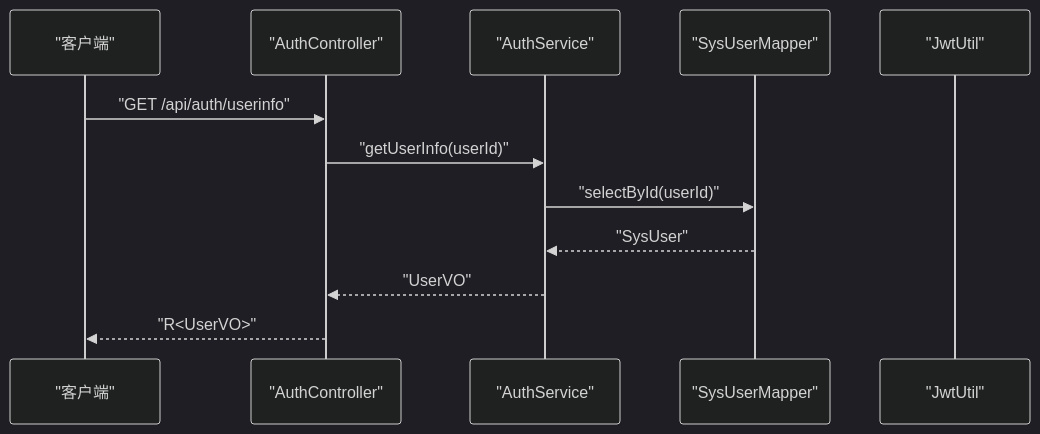
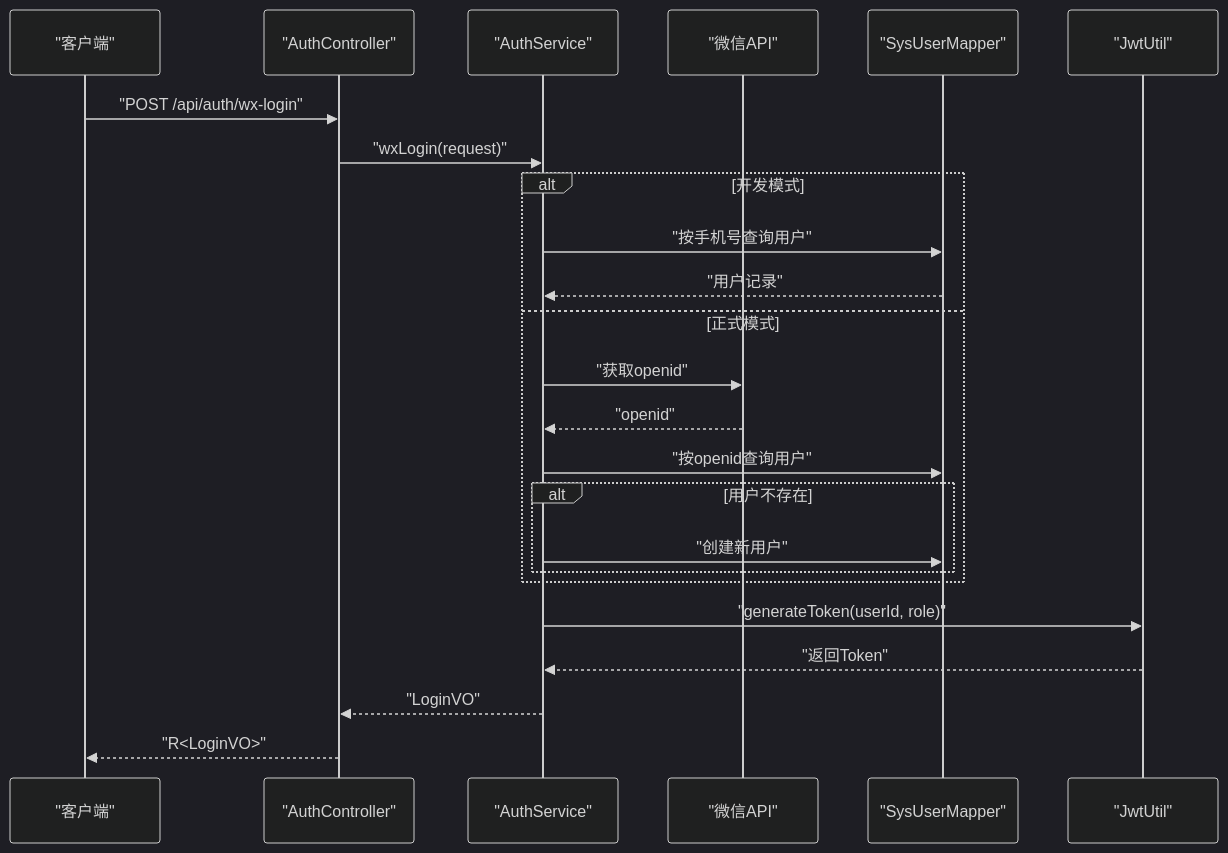
Before and after one commit to Jian9527/HelenEdu: the seventh of 8 diagrams in .qoder/repowiki/zh/content/后端系统设计/后端系统设计.md, drawn with Mermaid (dark theme). The commit also changed other lines of this file and 41 other files, not shown here.

````diff
--- a/.qoder/repowiki/zh/content/后端系统设计/后端系统设计.md
+++ b/.qoder/repowiki/zh/content/后端系统设计/后端系统设计.md
@@ -272,14 +362,26 @@
 ```mermaid
 sequenceDiagram
 participant Client as "客户端"
 participant Ctrl as "AuthController"
 participant Svc as "AuthService"
+participant WeChat as "微信API"
 participant Mapper as "SysUserMapper"
 participant Jwt as "JwtUtil"
-Client->>Ctrl : "GET /api/auth/userinfo"
-Ctrl->>Svc : "getUserInfo(userId)"
-Svc->>Mapper : "selectById(userId)"
-Mapper-->>Svc : "SysUser"
-Svc-->>Ctrl : "UserVO"
-Ctrl-->>Client : "R<UserVO>"
+Client->>Ctrl : "POST /api/auth/wx-login"
+Ctrl->>Svc : "wxLogin(request)"
+alt 开发模式
+Svc->>Mapper : "按手机号查询用户"
+Mapper-->>Svc : "用户记录"
+else 正式模式
+Svc->>WeChat : "获取openid"
+WeChat-->>Svc : "openid"
+Svc->>Mapper : "按openid查询用户"
+alt 用户不存在
+Svc->>Mapper : "创建新用户"
+end
+end
+Svc->>Jwt : "generateToken(userId, role)"
+Jwt-->>Svc : "返回Token"
+Svc-->>Ctrl : "LoginVO"
+Ctrl-->>Client : "R<LoginVO>"
 ```
````
